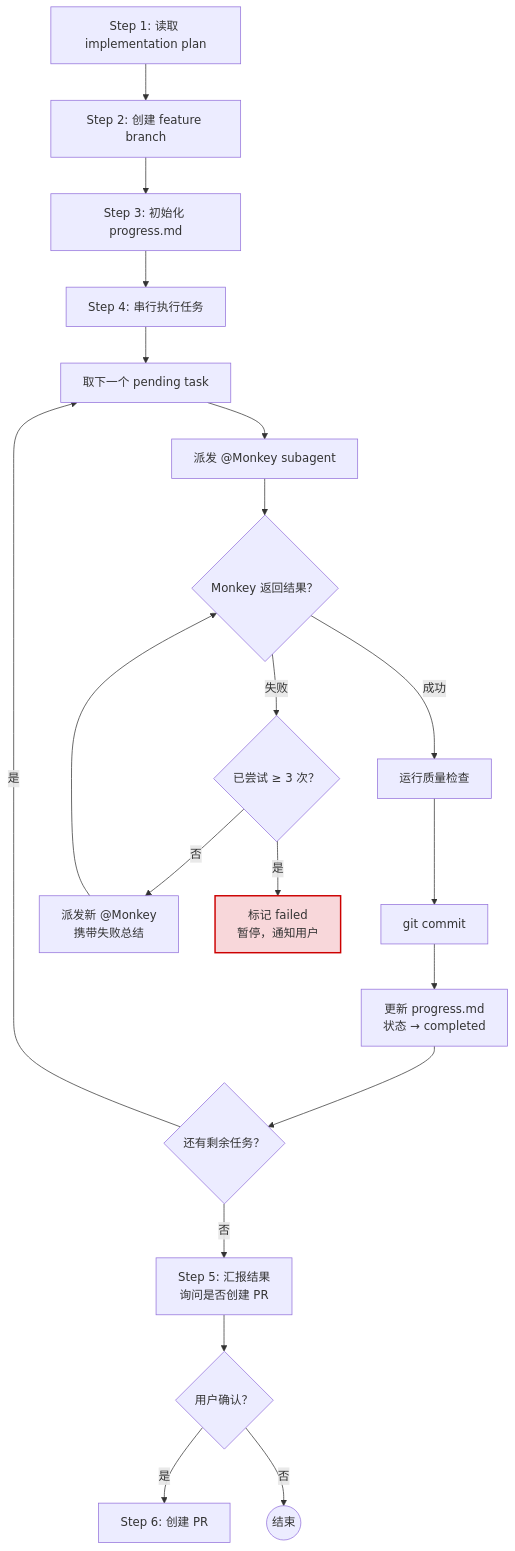
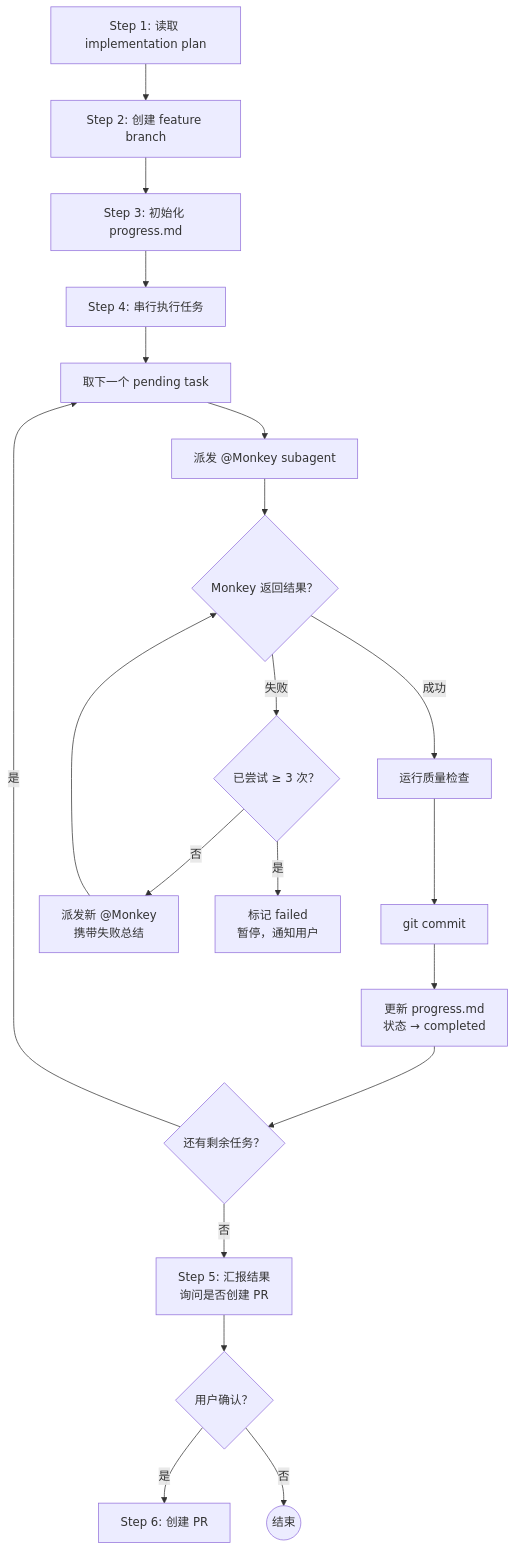
Before and after one commit to Hikaru518/opencode-config: the diagram in .opencode/skills/task-dispatching/SKILL.md, drawn with Mermaid. The commit also changed other lines of this file and 13 other files, not shown here.

````diff
--- a/.opencode/skills/task-dispatching/SKILL.md
+++ b/.opencode/skills/task-dispatching/SKILL.md
@@ -14,28 +14,27 @@
 ```mermaid
 flowchart TD
     S1["Step 1: 读取 implementation plan"] --> S2["Step 2: 创建 feature branch"]
     S2 --> S3["Step 3: 初始化 progress.md"]
     S3 --> S4["Step 4: 串行执行任务"]
 
     S4 --> pickTask["取下一个 pending task"]
     pickTask --> dispatch["派发 @Monkey subagent"]
     dispatch --> checkResult{"Monkey 返回结果？"}
 
     checkResult -- 成功 --> verify["运行质量检查"]
     verify --> commitTask["git commit"]
     commitTask --> updateOk["更新 progress.md<br>状态 → completed"]
     updateOk --> moreTasks{"还有剩余任务？"}
 
     checkResult -- 失败 --> retryCount{"已尝试 ≥ 3 次？"}
     retryCount -- 否 --> retryDispatch["派发新 @Monkey<br>携带失败总结"]
     retryDispatch --> checkResult
-    retryCount -- 是 --> markFailed["标记 failed<br>暂停，通知用户"]:::warn
+    retryCount -- 是 --> markFailed["标记 failed<br>暂停，通知用户"]
 
     moreTasks -- 是 --> pickTask
-    moreTasks -- 否 --> S5["Step 5: 汇报结果\n询问是否创建 PR"]
+    moreTasks -- 否 --> S5["Step 5: 汇报结果<br>询问是否创建 PR"]
     S5 --> confirmPR{"用户确认？"}
     confirmPR -- 是 --> S6["Step 6: 创建 PR"]
     confirmPR -- 否 --> doneNode(("结束"))
 
-    classDef warn fill:#f8d7da,stroke:#c00,stroke-width:2px
 ```
````
